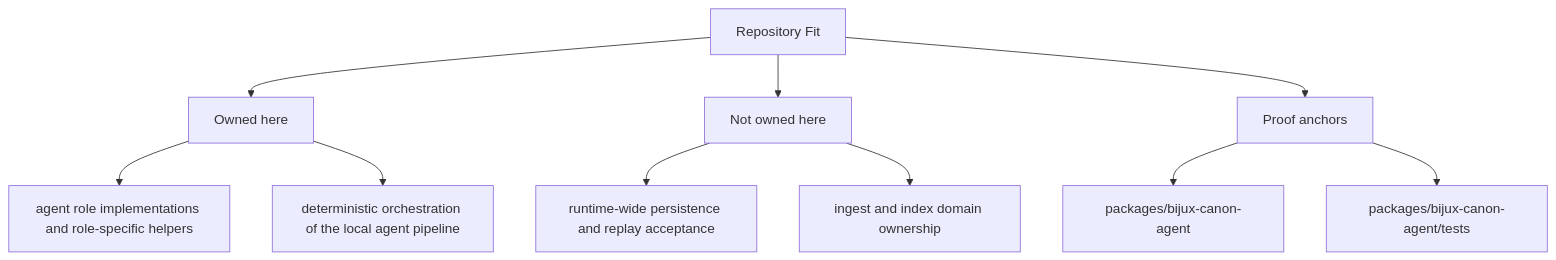
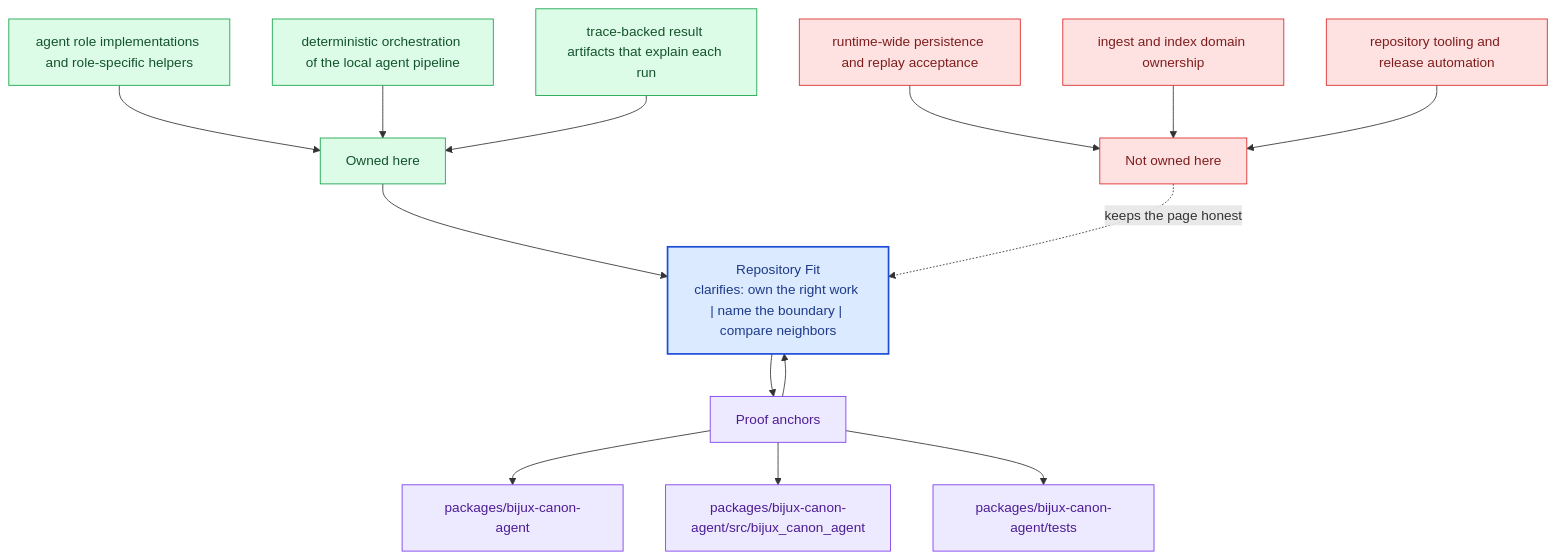
The second of 2 diagrams in docs/bijux-canon-agent/foundation/repository-fit.md (bijux/bijux-canon), drawn with Mermaid before and after one commit. The commit also changed other lines of this file and 281 other files, not shown here.

Commit message:
docs(diagrams): deepen handbook mermaid maps across the catalog

````diff
--- a/docs/bijux-canon-agent/foundation/repository-fit.md
+++ b/docs/bijux-canon-agent/foundation/repository-fit.md
@@ -36,22 +69,40 @@
 ```mermaid
-flowchart TD
-    page["Repository Fit"]
+flowchart TB
+    promise["Repository Fit<br/>clarifies: own the right work | name the boundary | compare neighbors"]
+    classDef promise fill:#dbeafe,stroke:#1d4ed8,color:#1e3a8a,stroke-width:2px;
+    classDef driver fill:#dcfce7,stroke:#16a34a,color:#14532d;
+    classDef constraint fill:#fee2e2,stroke:#dc2626,color:#7f1d1d;
+    classDef ground fill:#ede9fe,stroke:#7c3aed,color:#4c1d95;
     focus1["Owned here"]
-    page --> focus1
+    focus1 --> promise
     focus1_1["agent role implementations and role-specific helpers"]
-    focus1 --> focus1_1
+    focus1_1 --> focus1
     focus1_2["deterministic orchestration of the local agent pipeline"]
-    focus1 --> focus1_2
+    focus1_2 --> focus1
+    focus1_3["trace-backed result artifacts that explain each run"]
+    focus1_3 --> focus1
+    class focus1 driver;
+    class focus1_1,focus1_2,focus1_3 driver;
     focus2["Not owned here"]
-    page --> focus2
+    focus2 -.keeps the page honest.-> promise
     focus2_1["runtime-wide persistence and replay acceptance"]
-    focus2 --> focus2_1
+    focus2_1 --> focus2
     focus2_2["ingest and index domain ownership"]
-    focus2 --> focus2_2
+    focus2_2 --> focus2
+    focus2_3["repository tooling and release automation"]
+    focus2_3 --> focus2
+    class focus2 constraint;
+    class focus2_1,focus2_2,focus2_3 constraint;
     focus3["Proof anchors"]
-    page --> focus3
+    focus3 --> promise
+    promise --> focus3
     focus3_1["packages/bijux-canon-agent"]
     focus3 --> focus3_1
-    focus3_2["packages/bijux-canon-agent/tests"]
+    focus3_2["packages/bijux-canon-agent/src/bijux_canon_agent"]
     focus3 --> focus3_2
+    focus3_3["packages/bijux-canon-agent/tests"]
+    focus3 --> focus3_3
+    class focus3 ground;
+    class focus3_1,focus3_2,focus3_3 ground;
+    class promise promise;
 ```
````
